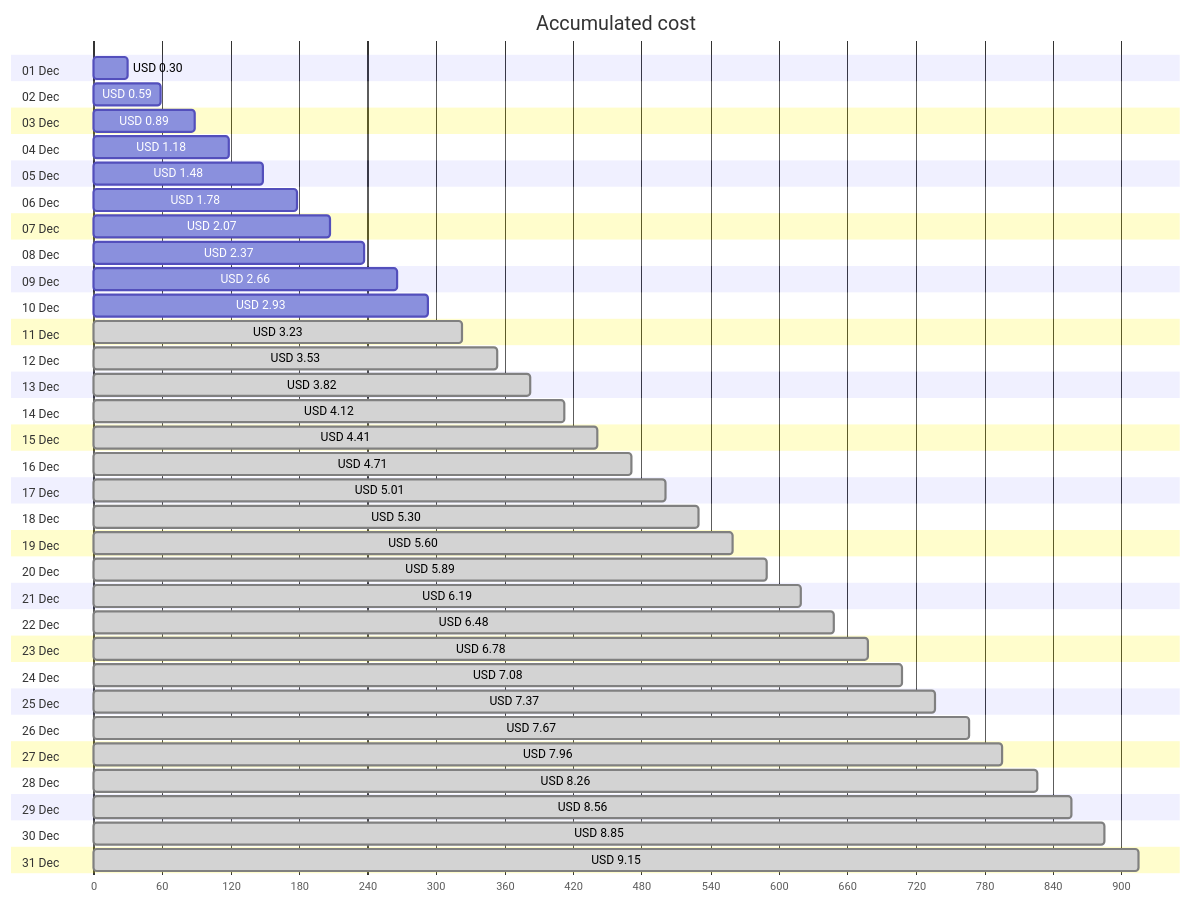
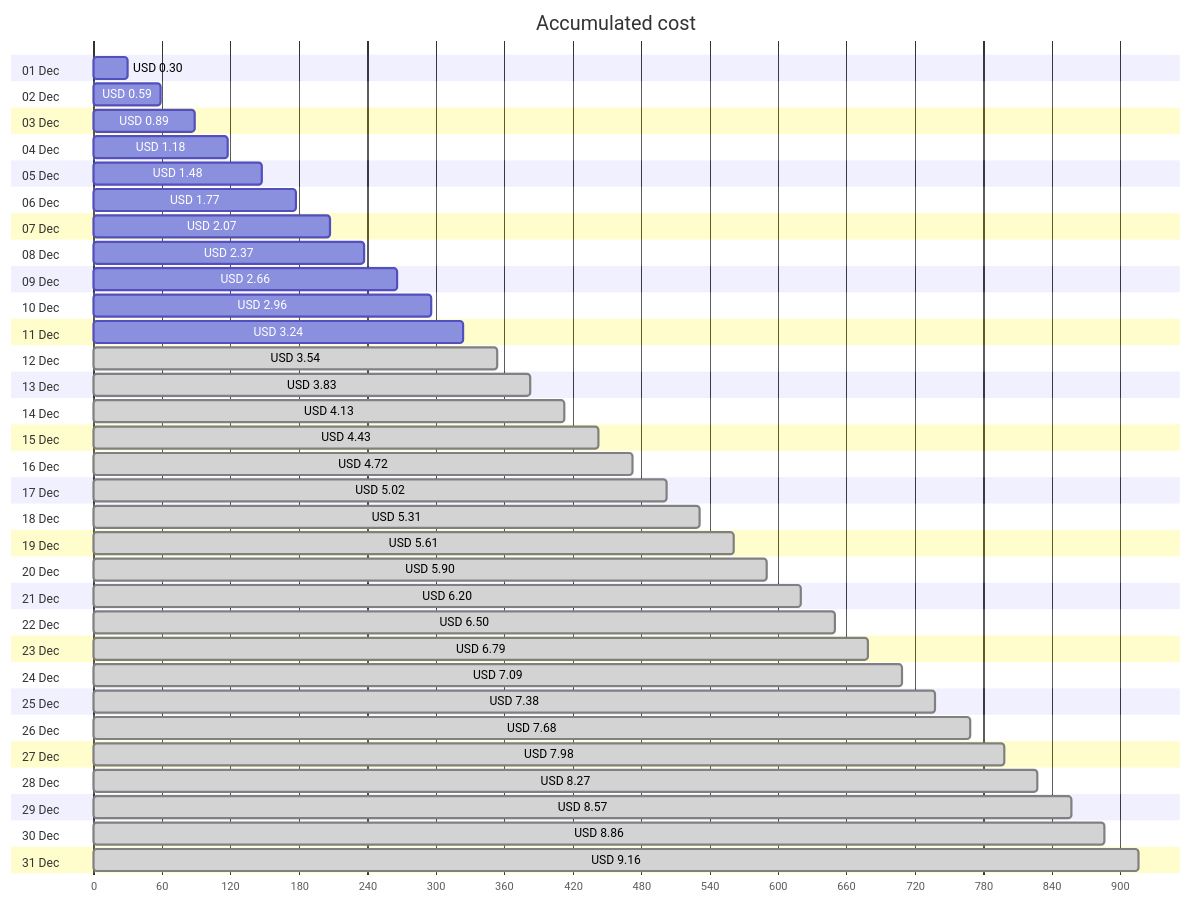
The first of 4 diagrams in cost-reports/personal-site/personal-site-preview.md (jpfulton/azure-personal-reports), drawn with Mermaid before and after one commit. The commit also changed other lines of this file and 6 other files, not shown here.

````diff
--- a/cost-reports/personal-site/personal-site-preview.md
+++ b/cost-reports/personal-site/personal-site-preview.md
@@ -20,68 +20,68 @@
 ```mermaid
 gantt
    title Accumulated cost
    dateFormat  X
    axisFormat %s
    section 01 Dec
    USD 0.30 :0, 30
    section 02 Dec
    USD 0.59 :0, 59
    section 03 Dec
    USD 0.89 :0, 89
    section 04 Dec
    USD 1.18 :0, 118
    section 05 Dec
    USD 1.48 :0, 148
    section 06 Dec
-   USD 1.78 :0, 178
+   USD 1.77 :0, 177
    section 07 Dec
    USD 2.07 :0, 207
    section 08 Dec
    USD 2.37 :0, 237
    section 09 Dec
    USD 2.66 :0, 266
    section 10 Dec
-   USD 2.93 :0, 293
+   USD 2.96 :0, 296
    section 11 Dec
-   USD 3.23 : done, 0, 323
+   USD 3.24 :0, 324
    section 12 Dec
-   USD 3.53 : done, 0, 353
+   USD 3.54 : done, 0, 354
    section 13 Dec
-   USD 3.82 : done, 0, 382
+   USD 3.83 : done, 0, 383
    section 14 Dec
-   USD 4.12 : done, 0, 412
+   USD 4.13 : done, 0, 413
    section 15 Dec
-   USD 4.41 : done, 0, 441
+   USD 4.43 : done, 0, 443
    section 16 Dec
-   USD 4.71 : done, 0, 471
+   USD 4.72 : done, 0, 472
    section 17 Dec
-   USD 5.01 : done, 0, 501
+   USD 5.02 : done, 0, 502
    section 18 Dec
-   USD 5.30 : done, 0, 530
+   USD 5.31 : done, 0, 531
    section 19 Dec
-   USD 5.60 : done, 0, 560
+   USD 5.61 : done, 0, 561
    section 20 Dec
-   USD 5.89 : done, 0, 589
+   USD 5.90 : done, 0, 590
    section 21 Dec
-   USD 6.19 : done, 0, 619
+   USD 6.20 : done, 0, 620
    section 22 Dec
-   USD 6.48 : done, 0, 648
+   USD 6.50 : done, 0, 650
    section 23 Dec
-   USD 6.78 : done, 0, 678
+   USD 6.79 : done, 0, 679
    section 24 Dec
-   USD 7.08 : done, 0, 708
+   USD 7.09 : done, 0, 709
    section 25 Dec
-   USD 7.37 : done, 0, 737
+   USD 7.38 : done, 0, 738
    section 26 Dec
-   USD 7.67 : done, 0, 767
+   USD 7.68 : done, 0, 768
    section 27 Dec
-   USD 7.96 : done, 0, 796
+   USD 7.98 : done, 0, 798
    section 28 Dec
-   USD 8.26 : done, 0, 826
+   USD 8.27 : done, 0, 827
    section 29 Dec
-   USD 8.56 : done, 0, 856
+   USD 8.57 : done, 0, 857
    section 30 Dec
-   USD 8.85 : done, 0, 885
+   USD 8.86 : done, 0, 886
    section 31 Dec
-   USD 9.15 : done, 0, 915
+   USD 9.16 : done, 0, 916
 ```
````
